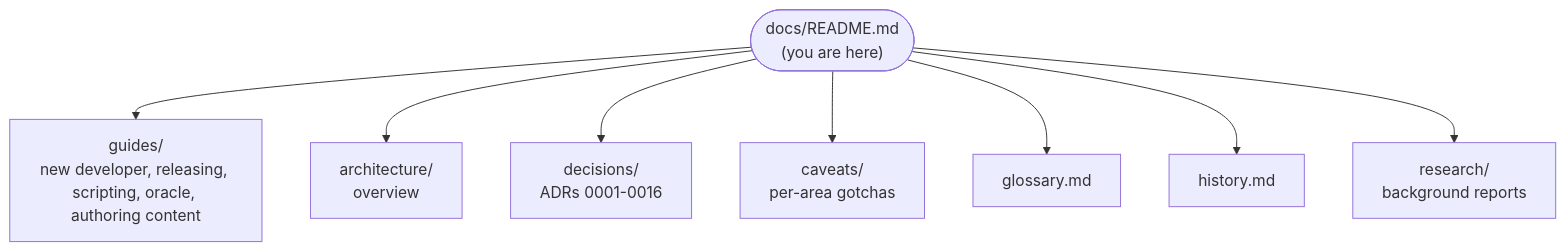
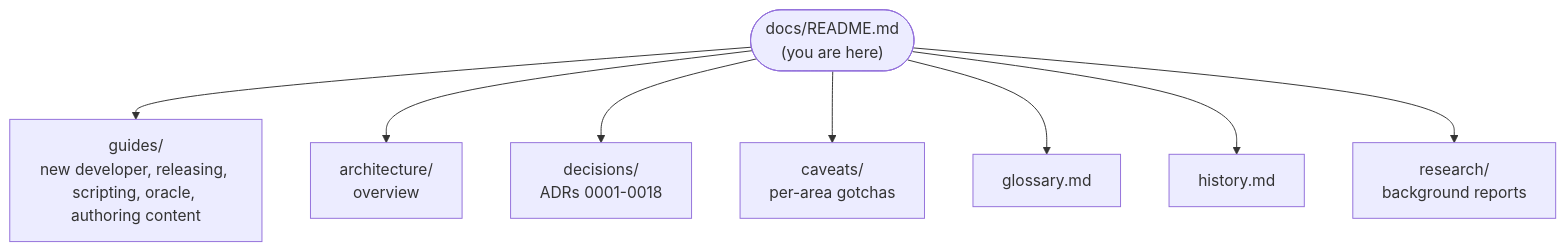
Before and after one commit to joebarbere/controls: the diagram in docs/README.md, drawn with Mermaid. The commit also changed other lines of this file and 6 other files, not shown here.

````diff
--- a/docs/README.md
+++ b/docs/README.md
@@ -5,11 +5,11 @@
 ```mermaid
 flowchart TD
     HUB(["docs/README.md<br/>(you are here)"])
     HUB --> G["guides/<br/>new developer, releasing, scripting, oracle, authoring content"]
     HUB --> A["architecture/<br/>overview"]
-    HUB --> D["decisions/<br/>ADRs 0001-0016"]
+    HUB --> D["decisions/<br/>ADRs 0001-0018"]
     HUB --> C["caveats/<br/>per-area gotchas"]
     HUB --> GL["glossary.md"]
     HUB --> H["history.md"]
     HUB --> R["research/<br/>background reports"]
 ```
````
